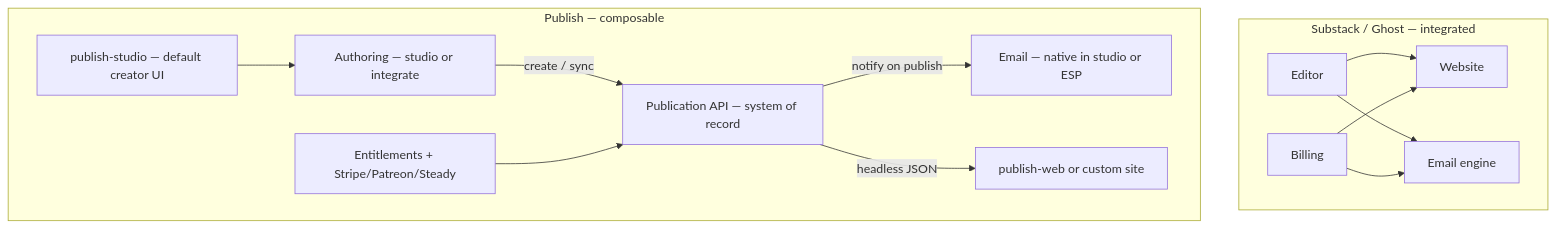
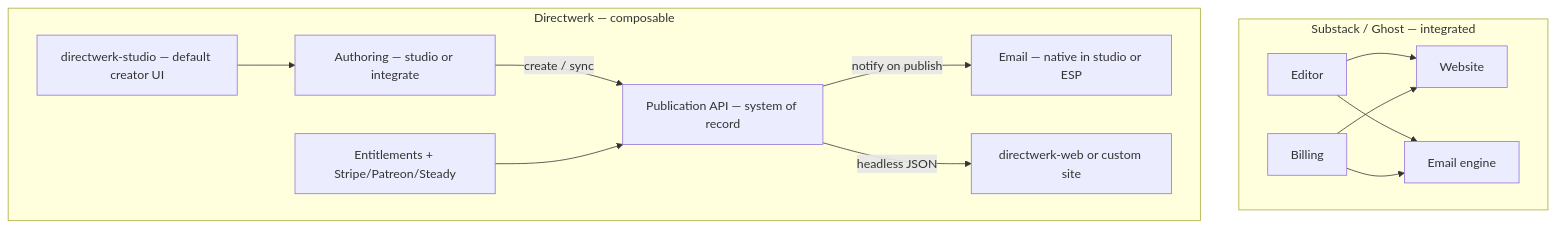
Before and after one commit to LucaNerlich/directwerk: the first of 5 diagrams in docs/content-platform-strategy.md, drawn with Mermaid. The commit also changed other lines of this file and 495 other files, not shown here.

Commit message:
rename publish to directwerk

````diff
--- a/docs/content-platform-strategy.md
+++ b/docs/content-platform-strategy.md
@@ -67,26 +67,26 @@
 ```mermaid
 flowchart TB
     subgraph substack [Substack / Ghost — integrated]
         A1[Editor]
         A2[Website]
         A3[Email engine]
         A4[Billing]
         A1 --> A2
         A1 --> A3
         A4 --> A2
         A4 --> A3
     end
 
-    subgraph publish [Publish — composable]
-        B0[publish-studio — default creator UI]
+    subgraph publish [Directwerk — composable]
+        B0[directwerk-studio — default creator UI]
         B1[Authoring — studio or integrate]
         B2[Publication API — system of record]
         B3[Email — native in studio or ESP]
         B4[Entitlements + Stripe/Patreon/Steady]
         B0 --> B1
         B1 -->|create / sync| B2
         B2 -->|notify on publish| B3
         B4 --> B2
-        B2 -->|headless JSON| Frontend[publish-web or custom site]
+        B2 -->|headless JSON| Frontend[directwerk-web or custom site]
     end
 ```
````
